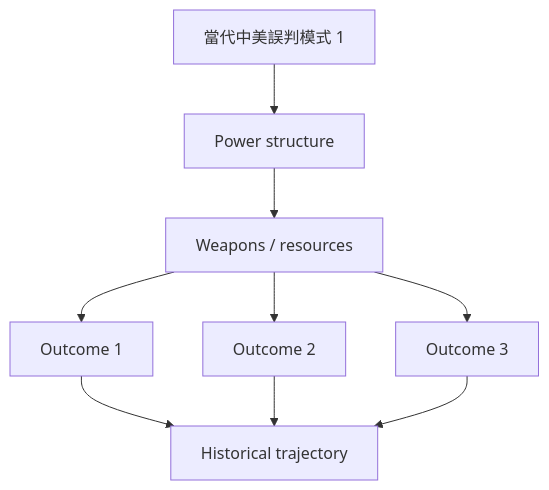
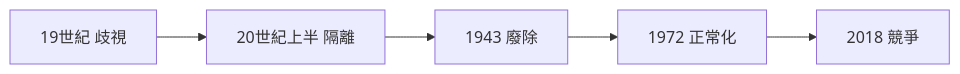
One commit to yip-lgtm/HKU-Harvard-History-Self-Study changed the third of 7 diagrams in 01_HKU_Courses/HIST2118_Chinese_and_Americans.md. Above: the diagram before and after it, drawn with Mermaid. The commit also changed other lines of this file and 48 other files, not shown here.

````diff
--- a/01_HKU_Courses/HIST2118_Chinese_and_Americans.md
+++ b/01_HKU_Courses/HIST2118_Chinese_and_Americans.md
@@ -267,11 +130,7 @@
 ```mermaid
-graph TD
-    A[當代中美誤判模式 1] --> B[Power structure]
-    B --> C[Weapons / resources]
-    C --> D[Outcome 1]
-    C --> E[Outcome 2]
-    C --> F[Outcome 3]
-    D --> G[Historical trajectory]
-    E --> G
-    F --> G
+flowchart LR
+    A[19世紀 歧視] --> B[20世紀上半 隔離]
+    B --> C[1943 廢除]
+    C --> D[1972 正常化]
+    D --> E[2018 競爭]
 ```
````
